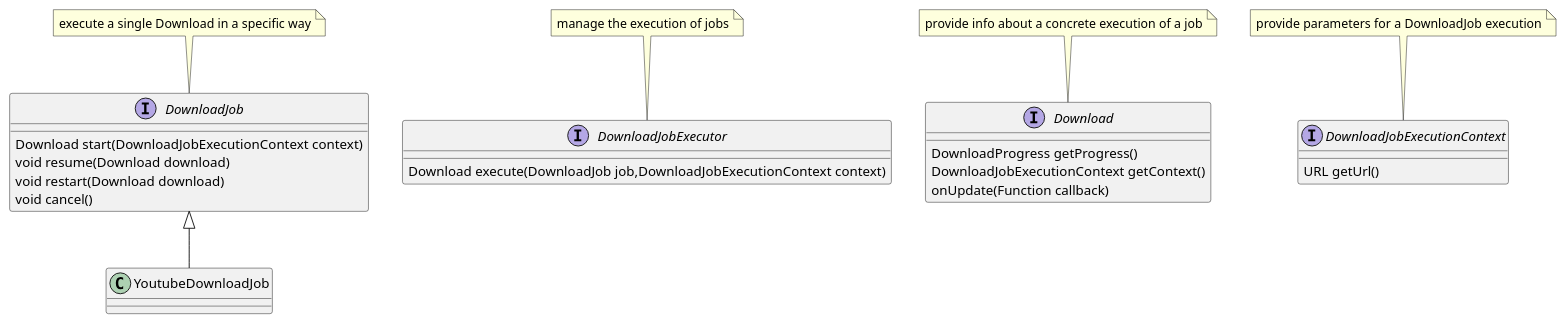
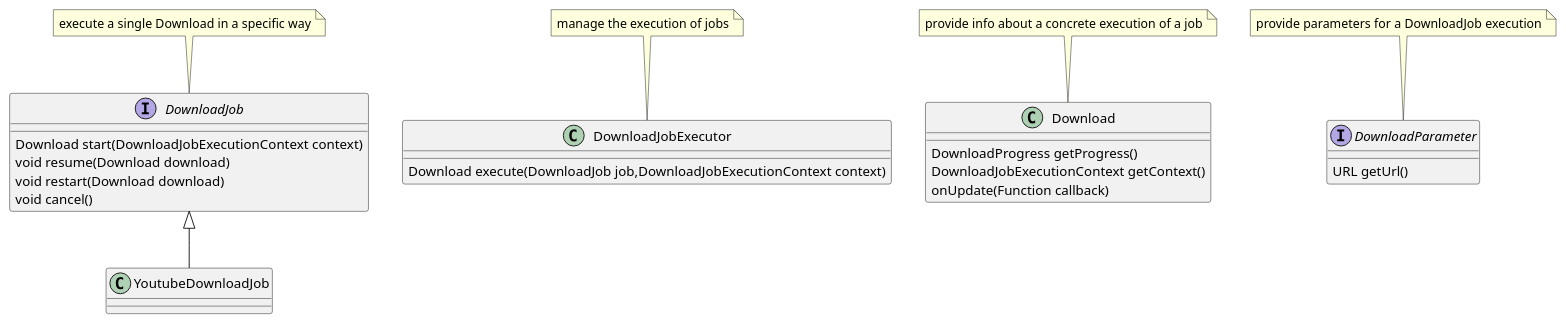
Before and after one commit to lumue/getdown: the diagram in doc/src/doc/uml/job.puml, drawn with PlantUML.

Commit message:
work on new job execution design

```diff
--- a/doc/src/doc/uml/job.puml
+++ b/doc/src/doc/uml/job.puml
@@ -1,30 +1,30 @@
 @startuml
 interface DownloadJob{
     Download start(DownloadJobExecutionContext context)
     void resume(Download download)
     void restart(Download download)
     void cancel()
 }
 note top:execute a single Download in a specific way
 
 class YoutubeDownloadJob
 YoutubeDownloadJob -up-|> DownloadJob
 
-interface DownloadJobExecutor{
+class DownloadJobExecutor{
     Download execute(DownloadJob job,DownloadJobExecutionContext context)
 }
 note top:manage the execution of jobs
 
-interface Download{
+class Download{
     DownloadProgress getProgress()
     DownloadJobExecutionContext getContext()
     onUpdate(Function callback)
 }
 note top:provide info about a concrete execution of a job
 
-interface DownloadJobExecutionContext{
+interface DownloadParameter{
     URL getUrl()
 }
 note top:provide parameters for a DownloadJob execution
 
 @enduml
```
